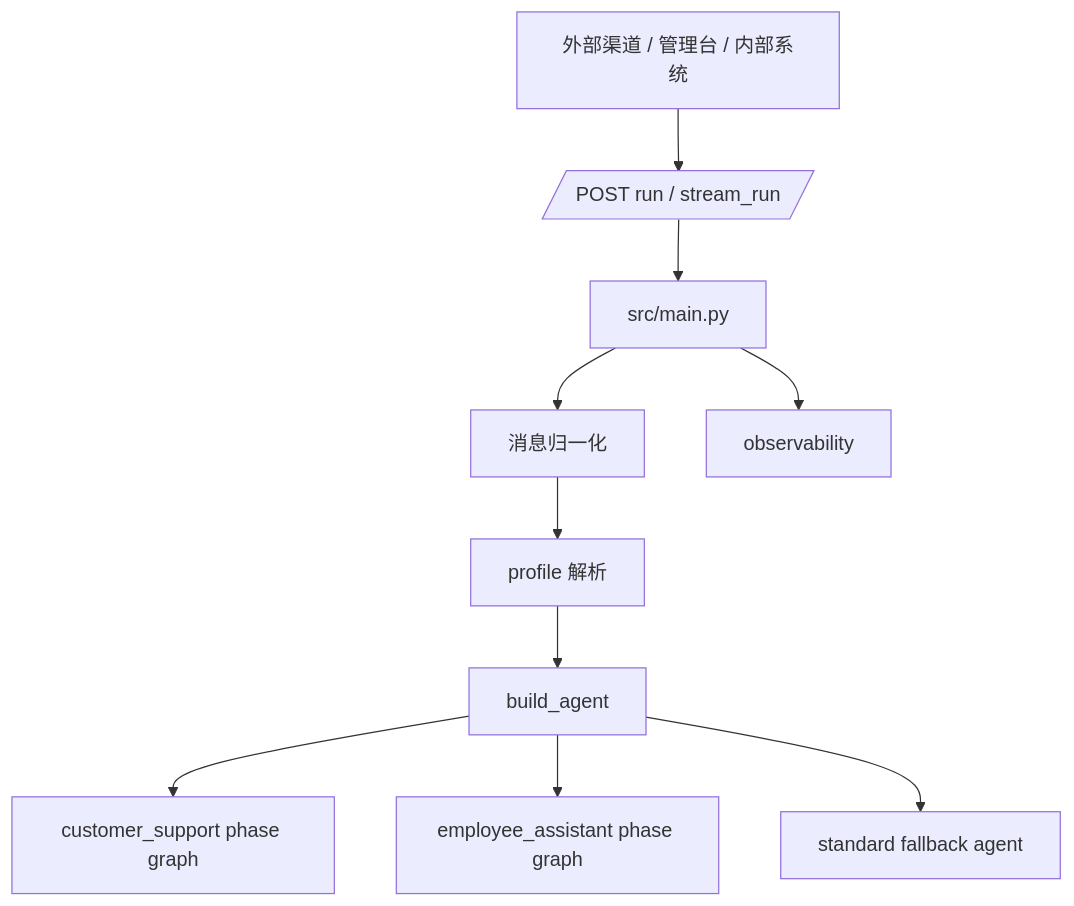
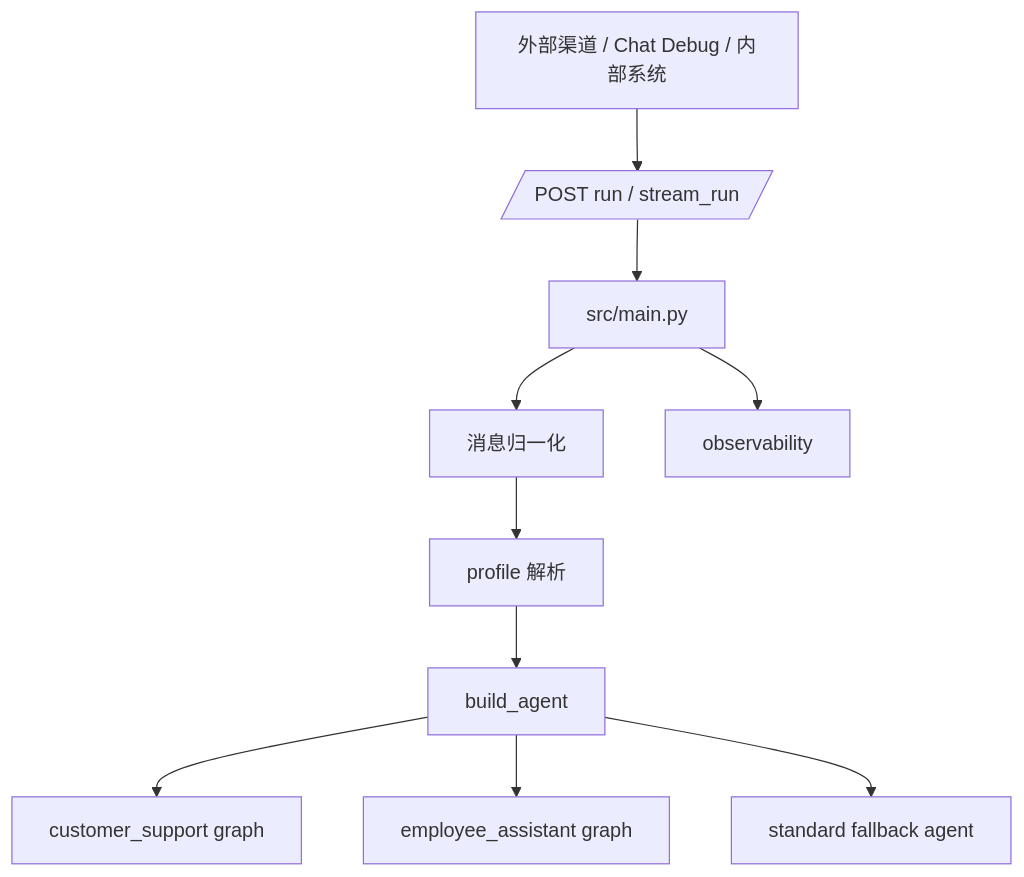
Before and after one commit to lr12338/hifleet-agent: the first of 7 diagrams in docs/AGENT_TECHNICAL_DOCUMENTATION.md, drawn with Mermaid. The commit also changed other lines of this file and 35 other files, not shown here.

````diff
--- a/docs/AGENT_TECHNICAL_DOCUMENTATION.md
+++ b/docs/AGENT_TECHNICAL_DOCUMENTATION.md
@@ -12,12 +12,12 @@
 ```mermaid
 flowchart TD
-    Caller[外部渠道 / 管理台 / 内部系统] --> API[/POST run / stream_run/]
+    Caller[外部渠道 / Chat Debug / 内部系统] --> API[/POST run / stream_run/]
     API --> Main[src/main.py]
     Main --> Normalize[消息归一化]
     Normalize --> Profile[profile 解析]
     Profile --> Build[build_agent]
-    Build --> CS[customer_support phase graph]
-    Build --> EMP[employee_assistant phase graph]
+    Build --> CS[customer_support graph]
+    Build --> EMP[employee_assistant graph]
     Build --> STD[standard fallback agent]
     Main --> Obs[observability]
 ```
````
